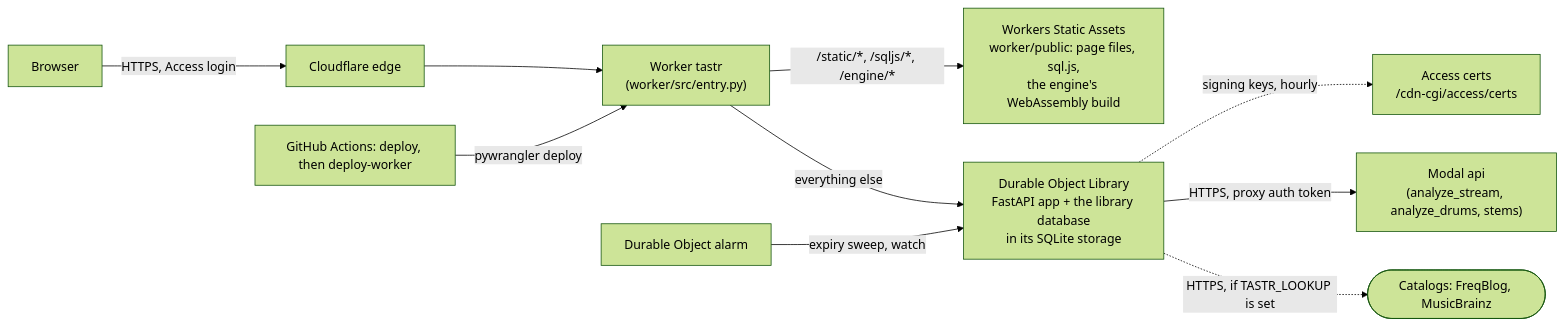
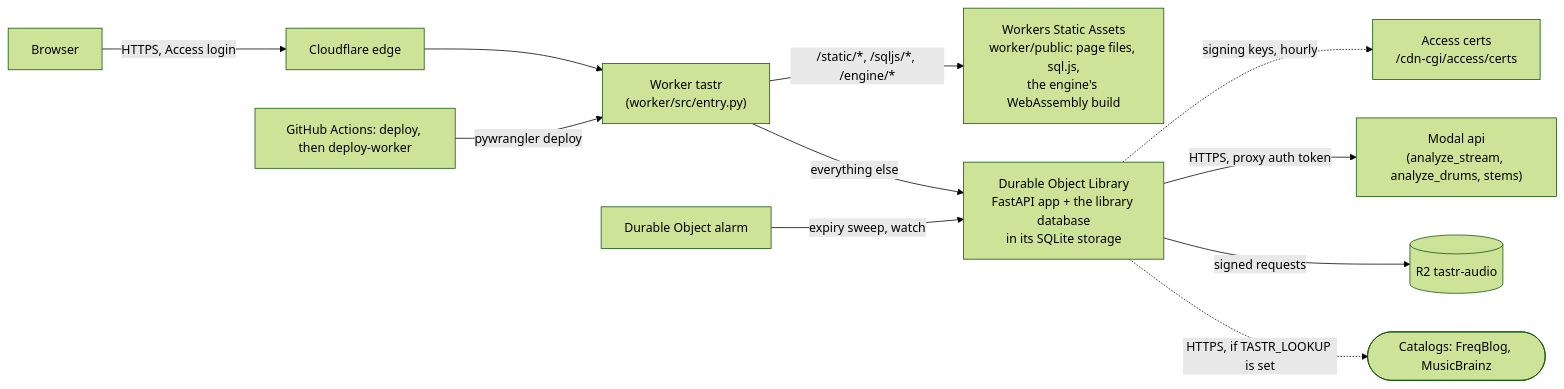
Before and after one commit to pocketIlmatto/tastr: the third of 3 diagrams in docs/hosting-map.md, drawn with Mermaid (forest theme). The commit also changed other lines of this file and 43 other files, not shown here.

````diff
--- a/docs/hosting-map.md
+++ b/docs/hosting-map.md
@@ -310,12 +304,13 @@
 ```mermaid
 flowchart LR
     B[Browser] -->|HTTPS, Access login| CF[Cloudflare edge]
     CF --> W["Worker tastr<br/>(worker/src/entry.py)"]
     W -->|"/static/*, /sqljs/*, /engine/*"| SA["Workers Static Assets<br/>worker/public: page files, sql.js,<br/>the engine's WebAssembly build"]
     W -->|everything else| DO["Durable Object Library<br/>FastAPI app + the library database<br/>in its SQLite storage"]
     DO -.->|signing keys, hourly| AK[Access certs<br/>/cdn-cgi/access/certs]
     AL[Durable Object alarm] -->|expiry sweep, watch| DO
     GHD[GitHub Actions: deploy, then deploy-worker] -->|pywrangler deploy| W
     DO -->|HTTPS, proxy auth token| MA["Modal api<br/>(analyze_stream, analyze_drums, stems)"]
+    DO -->|signed requests| R2B[(R2 tastr-audio)]
     DO -.->|HTTPS, if TASTR_LOOKUP is set| CAT2([Catalogs: FreqBlog, MusicBrainz])
 ```
````
